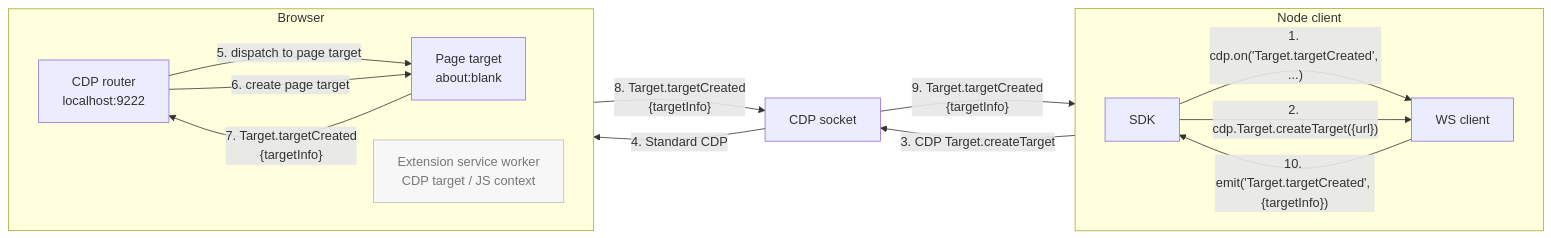
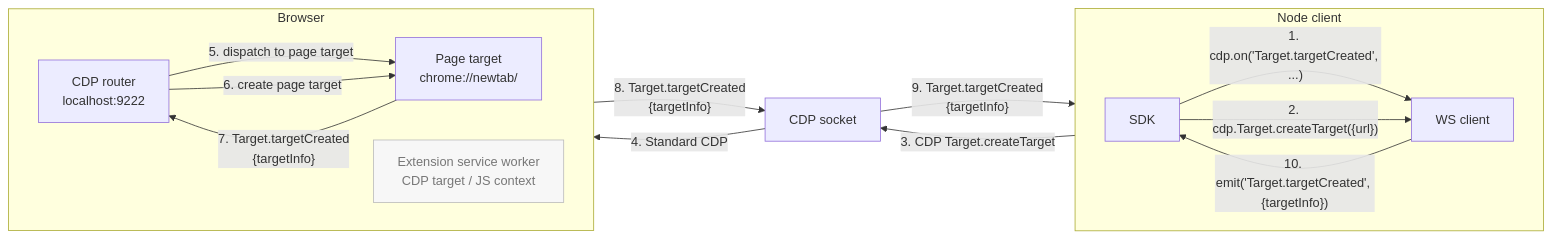
Before and after one commit to pirate/chrome-cdp-extension-bridge: the second of 4 diagrams in README.md, drawn with Mermaid. The commit also changed other lines of this file and 13 other files, not shown here.

````diff
--- a/README.md
+++ b/README.md
@@ -267,31 +267,31 @@
 ```mermaid
 flowchart LR
   subgraph Node["Node client"]
     direction LR
     SDK["SDK"]
     WS["WS client"]
     SDK -->|"1. cdp.on('Target.targetCreated', ...)"| WS
     SDK -->|"2. cdp.Target.createTarget({url})"| WS
   end
 
   subgraph Browser["Browser"]
     direction LR
     CDP["CDP router<br/>localhost:9222"]
     SW["Extension service worker<br/>CDP target / JS context"]
-    Page["Page target<br/>about:blank"]
+    Page["Page target<br/>chrome://newtab/"]
     CDP -->|"5. dispatch to page target"| Page
   end
 
   Socket["CDP socket"]
 
   WS -->|"3. CDP Target.createTarget"| Socket
   Socket -->|"4. Standard CDP"| CDP
   CDP -->|"6. create page target"| Page
   Page -->|"7. Target.targetCreated<br/>{targetInfo}"| CDP
   CDP -->|"8. Target.targetCreated<br/>{targetInfo}"| Socket
   Socket -->|"9. Target.targetCreated<br/>{targetInfo}"| WS
   WS -->|"10. emit('Target.targetCreated', {targetInfo})"| SDK
 
   classDef idle fill:#f7f7f7,stroke:#bbb,color:#777;
   class SW idle;
 ```
````
